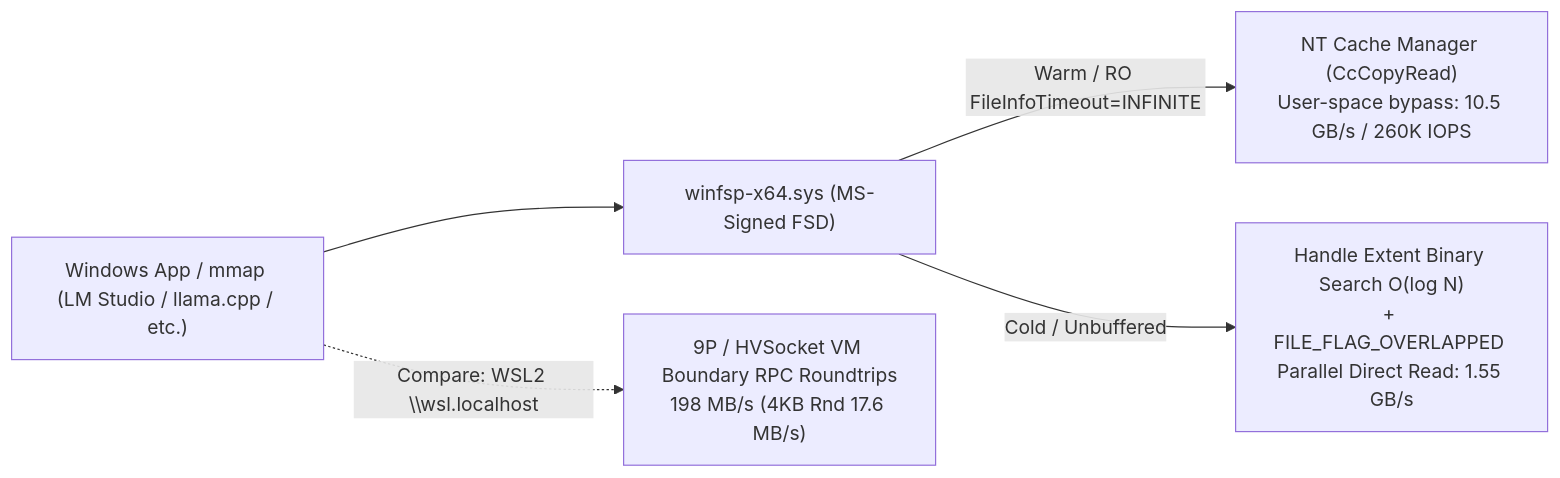
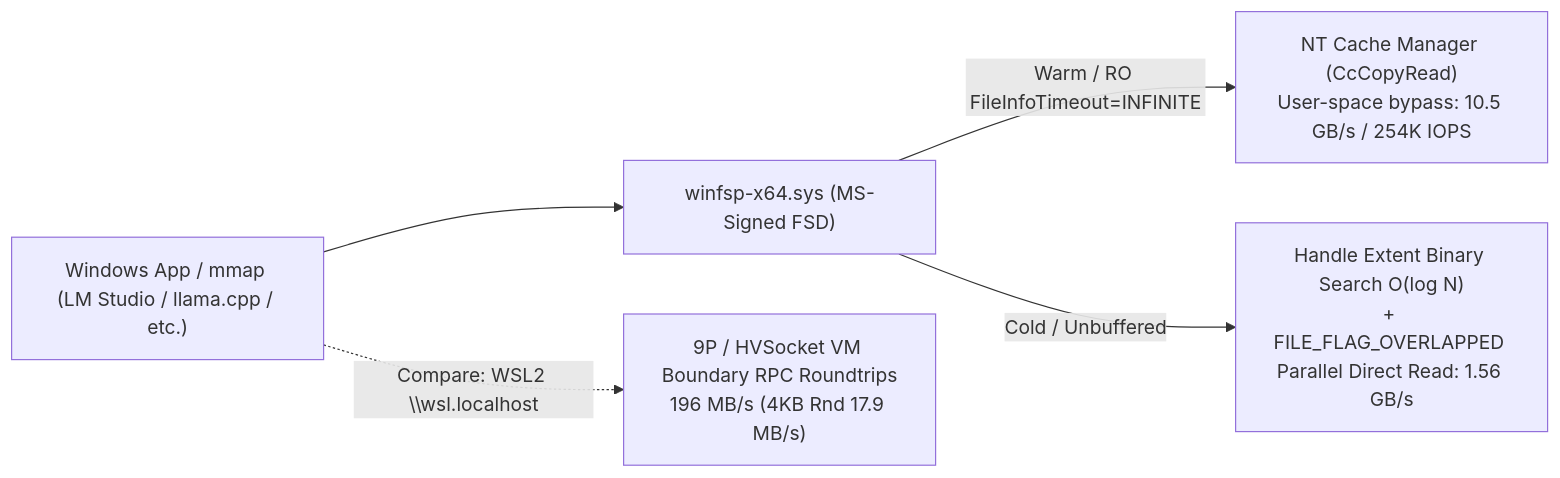
Before and after one commit to totatake/ZeroExt: the diagram in README.md, drawn with Mermaid. The commit also changed other lines of this file and 20 other files, not shown here.

````diff
--- a/README.md
+++ b/README.md
@@ -20,7 +20,7 @@
 ```mermaid
 flowchart LR
     App["Windows App / mmap (LM Studio / llama.cpp / etc.)"] --> Sys["winfsp-x64.sys (MS-Signed FSD)"]
-    Sys -->|"Warm / RO FileInfoTimeout=INFINITE"| Hot["NT Cache Manager (CcCopyRead)\nUser-space bypass: 10.5 GB/s / 260K IOPS"]
-    Sys -->|"Cold / Unbuffered"| Cold["Handle Extent Binary Search O(log N)\n+ FILE_FLAG_OVERLAPPED Parallel Direct Read: 1.55 GB/s"]
-    App -.->|"Compare: WSL2 \\wsl.localhost"| Slow["9P / HVSocket VM Boundary RPC Roundtrips\n198 MB/s (4KB Rnd 17.6 MB/s)"]
+    Sys -->|"Warm / RO FileInfoTimeout=INFINITE"| Hot["NT Cache Manager (CcCopyRead)\nUser-space bypass: 10.5 GB/s / 254K IOPS"]
+    Sys -->|"Cold / Unbuffered"| Cold["Handle Extent Binary Search O(log N)\n+ FILE_FLAG_OVERLAPPED Parallel Direct Read: 1.56 GB/s"]
+    App -.->|"Compare: WSL2 \\wsl.localhost"| Slow["9P / HVSocket VM Boundary RPC Roundtrips\n196 MB/s (4KB Rnd 17.9 MB/s)"]
 ```
````
